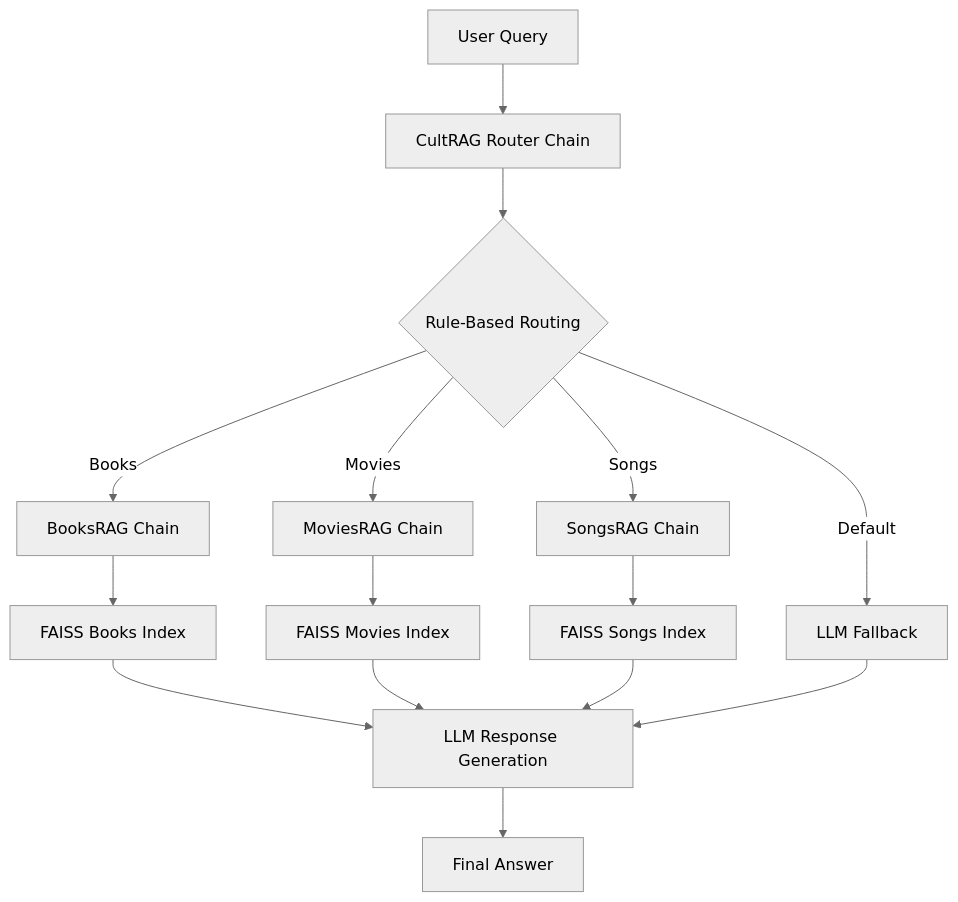
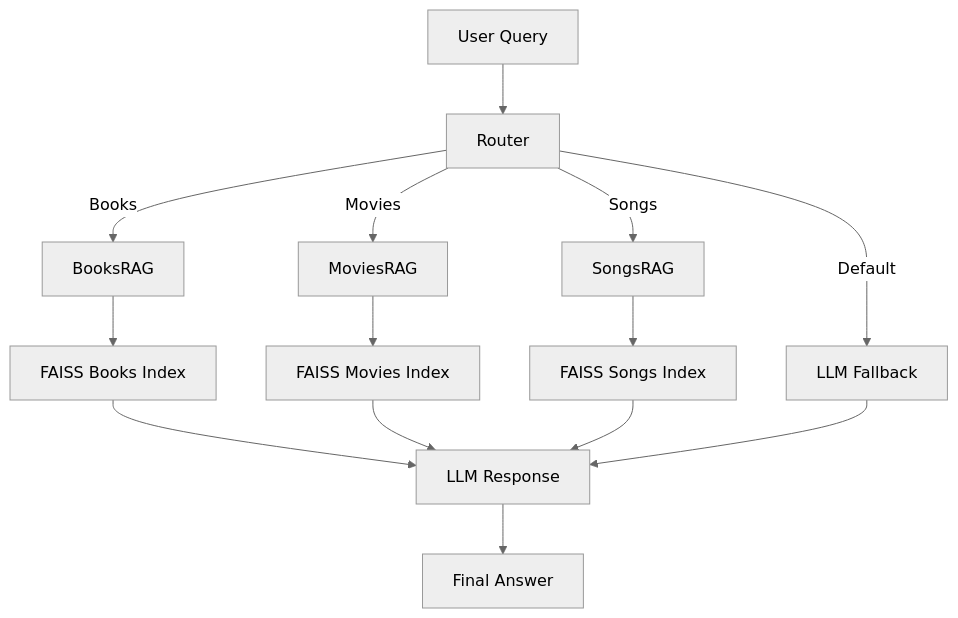
One commit to pranavmadhahar/CultRAG changed the diagram in README.md. Above: the diagram before and after it, drawn with Mermaid (neutral theme). The commit also changed other lines of this file and 1 other file, not shown here.

````diff
--- a/README.md
+++ b/README.md
@@ -25,22 +34,19 @@
 ```mermaid
 flowchart TD
-    A[User Query] --> B[CultRAG Router Chain]
+    A[User Query] --> B[Router]
+    B -->|Books| C[BooksRAG]
+    B -->|Movies| D[MoviesRAG]
+    B -->|Songs| E[SongsRAG]
+    B -->|Default| F[LLM Fallback]
 
-    B --> C{Rule-Based Routing}
+    C --> G[FAISS Books Index]
+    D --> H[FAISS Movies Index]
+    E --> I[FAISS Songs Index]
 
-    C -->|Books| D[BooksRAG Chain]
-    C -->|Movies| E[MoviesRAG Chain]
-    C -->|Songs| F[SongsRAG Chain]
-    C -->|Default| G[LLM Fallback]
+    G --> J[LLM Response]
+    H --> J
+    I --> J
+    F --> J
 
-    D --> H[FAISS Books Index]
-    E --> I[FAISS Movies Index]
-    F --> J[FAISS Songs Index]
-
-    H --> K[LLM Response Generation]
-    I --> K
-    J --> K
-    G --> K
-
-    K --> L[Final Answer]
+    J --> K[Final Answer]
 ```
````
